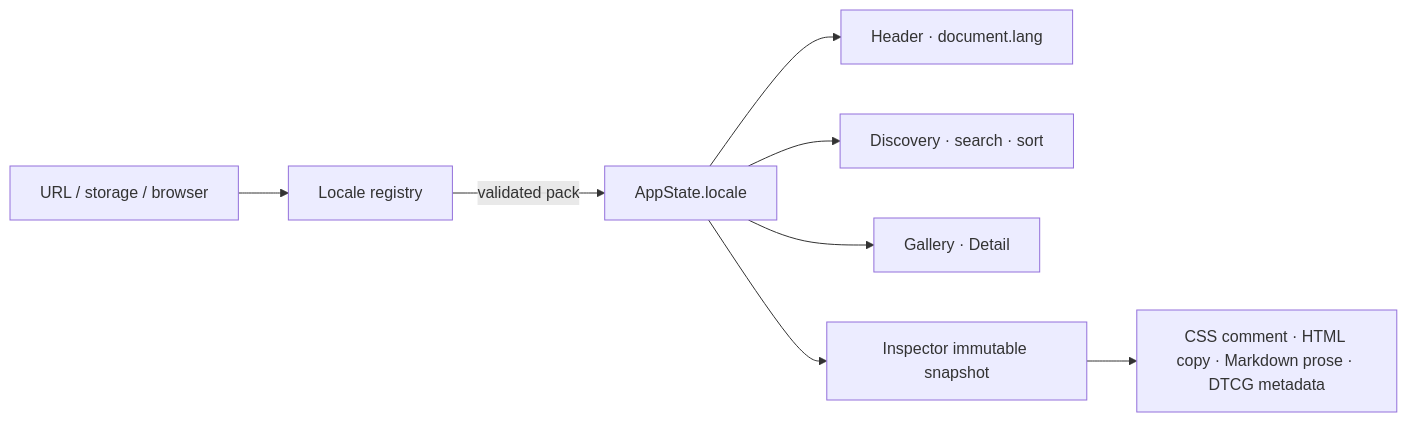
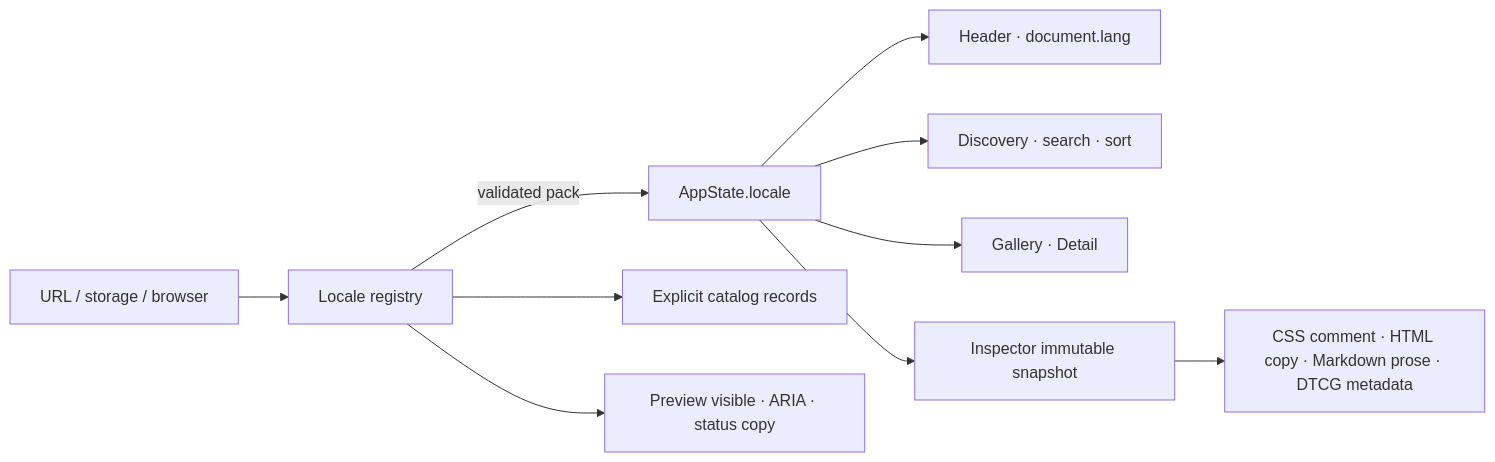
One commit to Yupkidangju/design_sample_selector changed the seventh of 7 diagrams in designs.md. Above: the diagram before and after it, drawn with Mermaid. The commit also changed other lines of this file and 143 other files, not shown here.

````diff
--- a/designs.md
+++ b/designs.md
@@ -292,10 +298,12 @@
 ```mermaid
 flowchart LR
   U[URL / storage / browser] --> R[Locale registry]
   R -->|validated pack| S[AppState.locale]
   S --> H[Header · document.lang]
   S --> D[Discovery · search · sort]
   S --> V[Gallery · Detail]
   S --> I[Inspector immutable snapshot]
   I --> A[CSS comment · HTML copy · Markdown prose · DTCG metadata]
+  R --> C[Explicit catalog records]
+  R --> P[Preview visible · ARIA · status copy]
 ```
````
